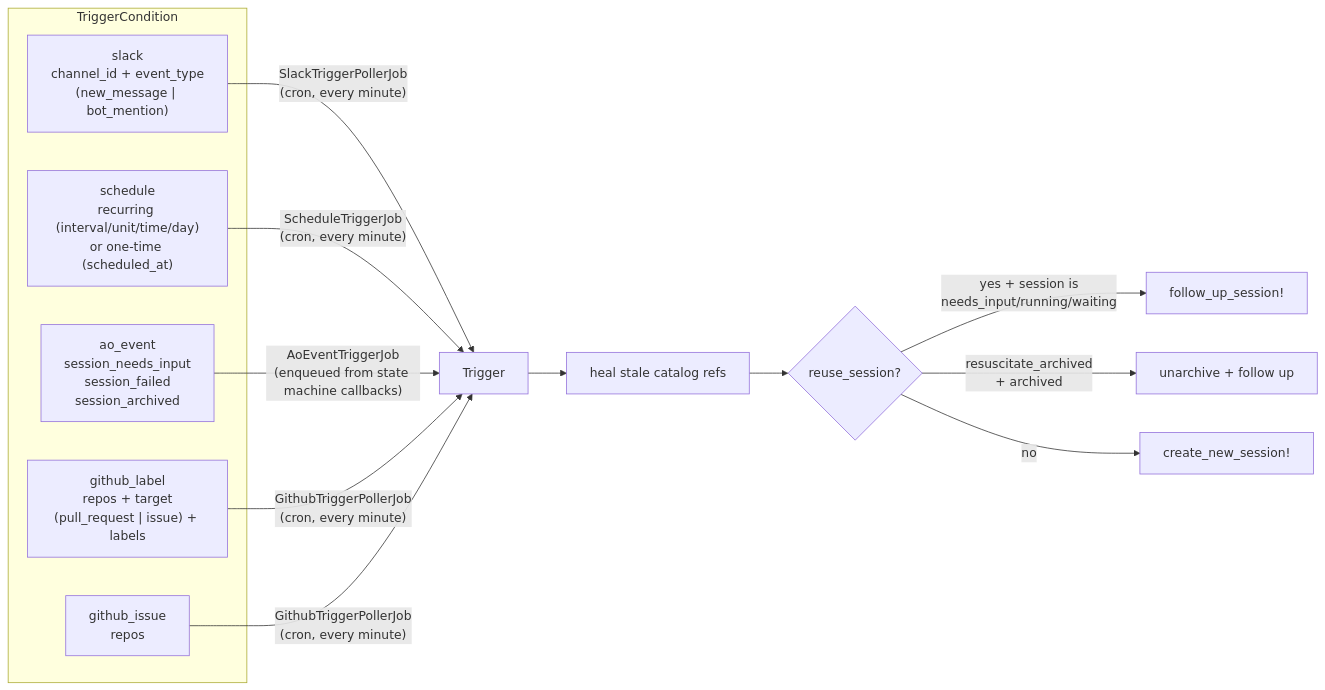
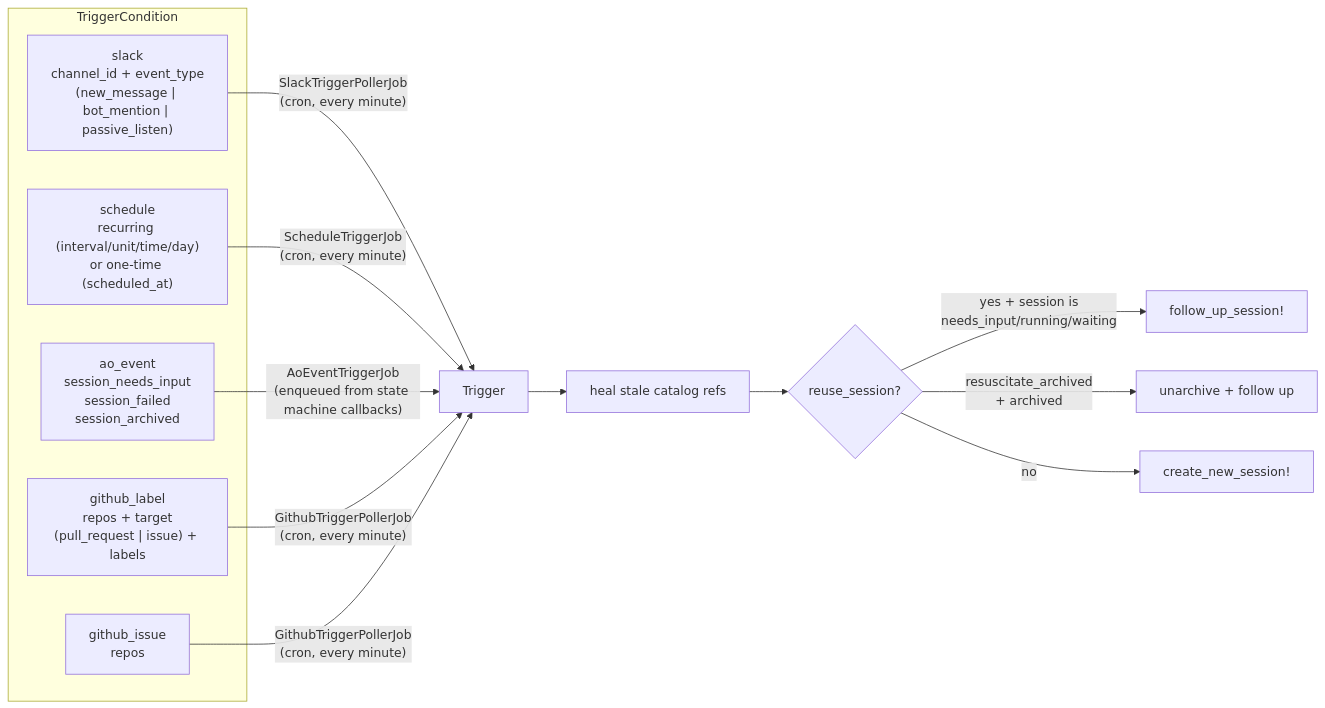
The first of 2 diagrams in docs/src/content/docs/sessions/triggers.md (tadasant/zimmer), drawn with Mermaid before and after one commit. The commit also changed other lines of this file and 13 other files, not shown here.

First line of the commit message:
feat(triggers): add a passive-listening Slack event type

````diff
--- a/docs/src/content/docs/sessions/triggers.md
+++ b/docs/src/content/docs/sessions/triggers.md
@@ -15,22 +15,22 @@
 ```mermaid
 flowchart LR
     subgraph conditions["TriggerCondition"]
-        SL["slack<br/>channel_id + event_type<br/>(new_message | bot_mention)"]
+        SL["slack<br/>channel_id + event_type<br/>(new_message | bot_mention | passive_listen)"]
         SC["schedule<br/>recurring (interval/unit/time/day)<br/>or one-time (scheduled_at)"]
         AO["ao_event<br/>session_needs_input<br/>session_failed<br/>session_archived"]
         GL["github_label<br/>repos + target<br/>(pull_request | issue) + labels"]
         GI["github_issue<br/>repos"]
     end
 
     SL -->|"SlackTriggerPollerJob<br/>(cron, every minute)"| T["Trigger"]
     SC -->|"ScheduleTriggerJob<br/>(cron, every minute)"| T
     AO -->|"AoEventTriggerJob<br/>(enqueued from state machine callbacks)"| T
     GL -->|"GithubTriggerPollerJob<br/>(cron, every minute)"| T
     GI -->|"GithubTriggerPollerJob<br/>(cron, every minute)"| T
 
     T --> H["heal stale catalog refs"]
     H --> D{"reuse_session?"}
     D -->|"yes + session is<br/>needs_input/running/waiting"| FU["follow_up_session!"]
     D -->|"resuscitate_archived<br/>+ archived"| RS["unarchive + follow up"]
     D -->|no| NEW["create_new_session!"]
 ```
````
